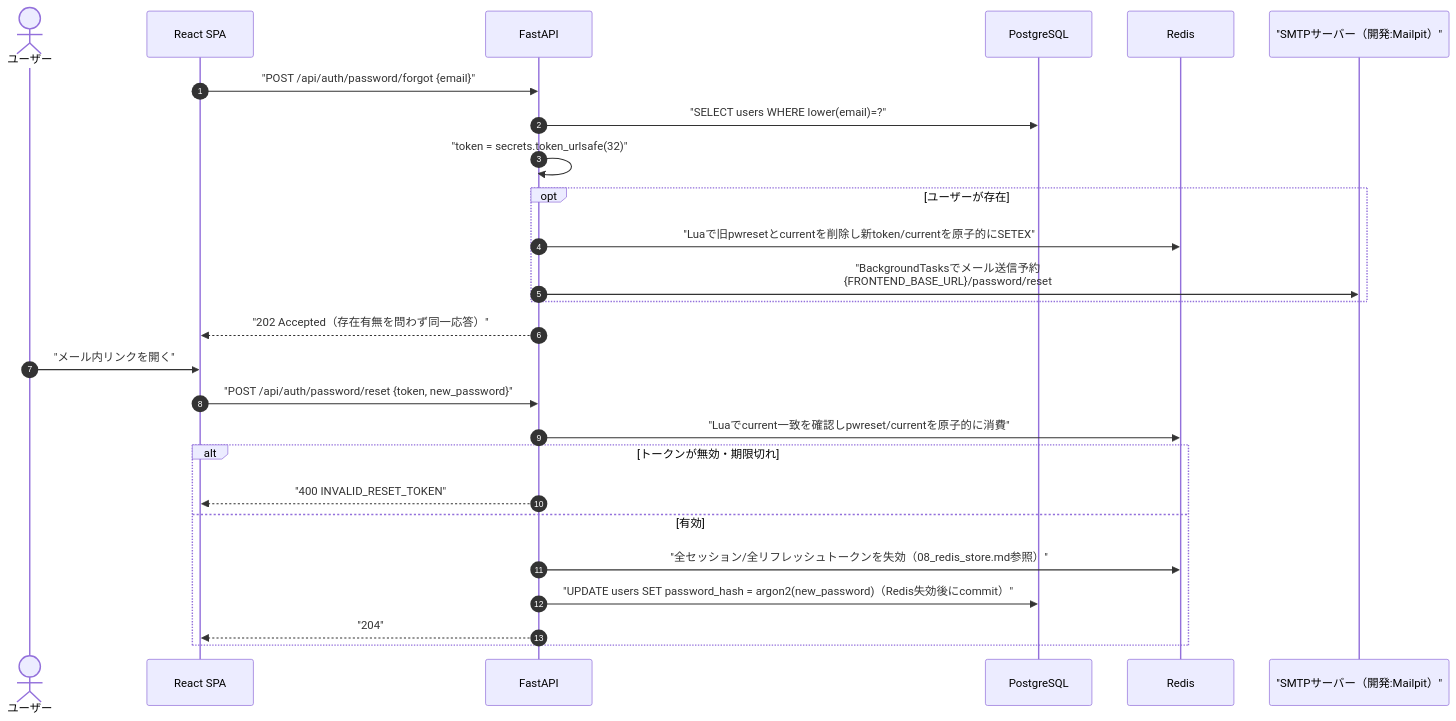
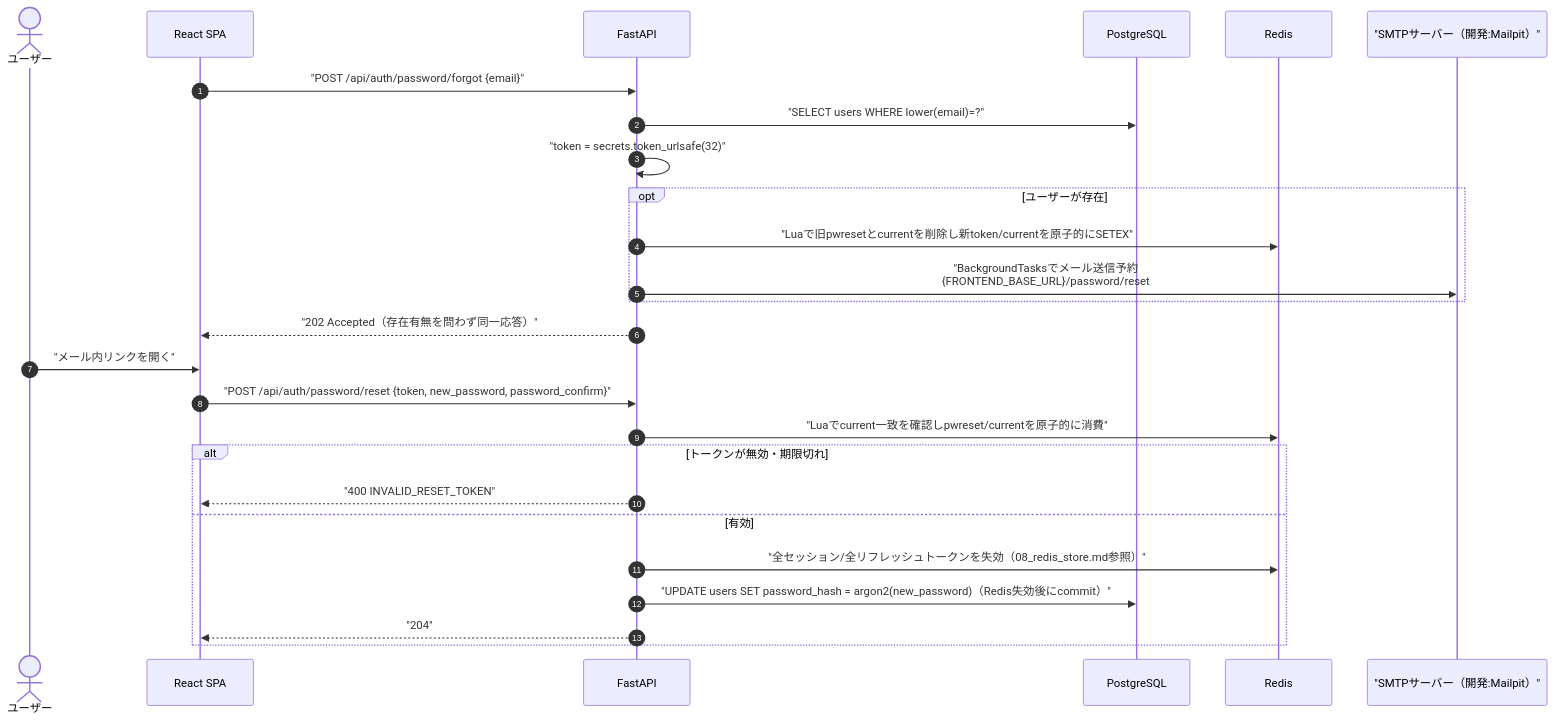
Before and after one commit to oikawa-d/task_management: the third of 6 diagrams in docs/detailed_design/auth/06_token_mail.md, drawn with Mermaid. The commit also changed other lines of this file and 10 other files, not shown here.

````diff
--- a/docs/detailed_design/auth/06_token_mail.md
+++ b/docs/detailed_design/auth/06_token_mail.md
@@ -136,30 +136,30 @@
 ```mermaid
 sequenceDiagram
     autonumber
     actor U as ユーザー
     participant FE as React SPA
     participant API as FastAPI
     participant PG as PostgreSQL
     participant RD as Redis
     participant SMTP as "SMTPサーバー（開発:Mailpit）"
 
     FE->>API: "POST /api/auth/password/forgot {email}"
     API->>PG: "SELECT users WHERE lower(email)=?"
     API->>API: "token = secrets.token_urlsafe(32)"
     opt ユーザーが存在
         API->>RD: "Luaで旧pwresetとcurrentを削除し新token/currentを原子的にSETEX"
         API->>SMTP: "BackgroundTasksでメール送信予約<br/>{FRONTEND_BASE_URL}/password/reset#token=..."
     end
     API-->>FE: "202 Accepted（存在有無を問わず同一応答）"
 
     U->>FE: "メール内リンクを開く"
-    FE->>API: "POST /api/auth/password/reset {token, new_password}"
+    FE->>API: "POST /api/auth/password/reset {token, new_password, password_confirm}"
     API->>RD: "Luaでcurrent一致を確認しpwreset/currentを原子的に消費"
     alt トークンが無効・期限切れ
         API-->>FE: "400 INVALID_RESET_TOKEN"
     else 有効
         API->>RD: "全セッション/全リフレッシュトークンを失効（08_redis_store.md参照）"
         API->>PG: "UPDATE users SET password_hash = argon2(new_password)（Redis失効後にcommit）"
         API-->>FE: "204"
     end
 ```
````
